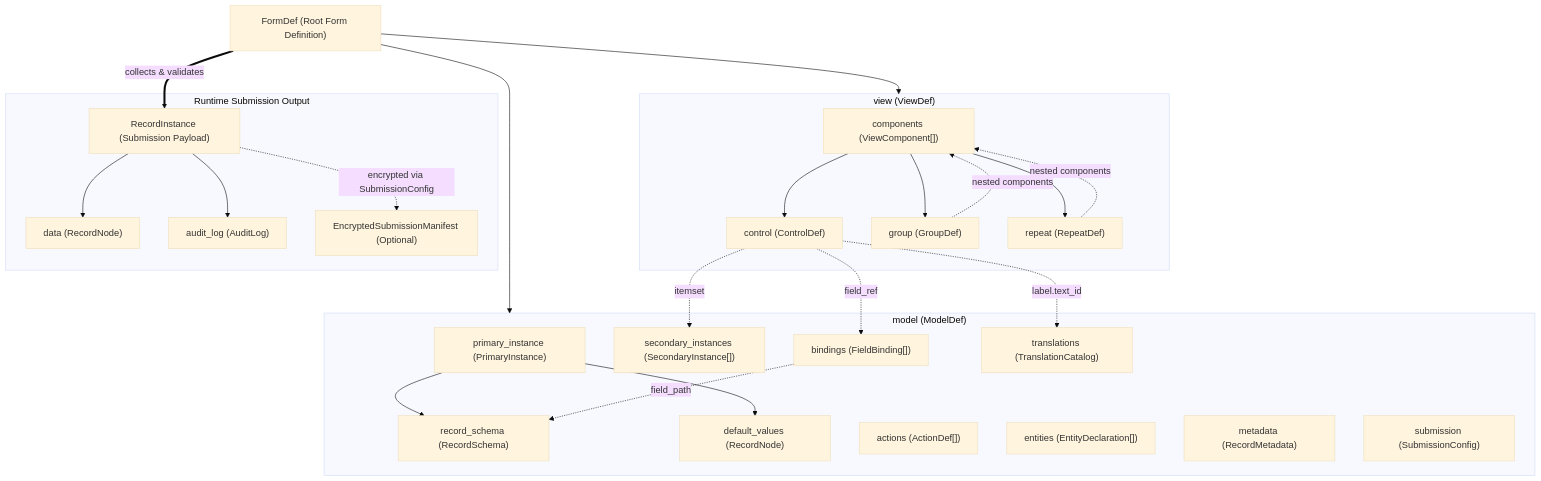
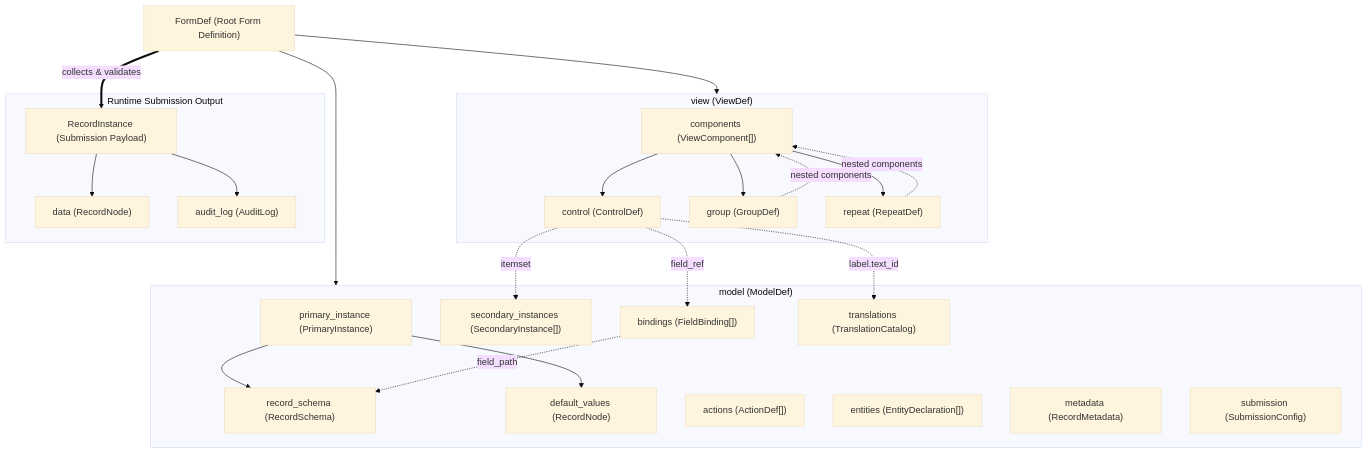
One commit to google/ground-platform changed the diagram in docs/technical/model/forms/01-structure.md. Above: the diagram before and after it, drawn with Mermaid (base theme). The commit also changed other lines of this file and 12 other files, not shown here.

````diff
--- a/docs/technical/model/forms/01-structure.md
+++ b/docs/technical/model/forms/01-structure.md
@@ -44,53 +43,51 @@
 ```mermaid
 graph TD
   FormDef["FormDef (Root Form Definition)"]
 
   subgraph ModelDef["model (ModelDef)"]
     PrimaryInstance["primary_instance (PrimaryInstance)"]
     RecordSchema["record_schema (RecordSchema)"]
     DefaultValues["default_values (RecordNode)"]
     SecondaryInstances["secondary_instances (SecondaryInstance[])"]
     FieldBindings["bindings (FieldBinding[])"]
     Translations["translations (TranslationCatalog)"]
     Actions["actions (ActionDef[])"]
     Entities["entities (EntityDeclaration[])"]
     Metadata["metadata (RecordMetadata)"]
     Submission["submission (SubmissionConfig)"]
 
     PrimaryInstance --> RecordSchema
     PrimaryInstance --> DefaultValues
   end
 
   subgraph ViewDef["view (ViewDef)"]
     ViewComponents["components (ViewComponent[])"]
     ControlDef["control (ControlDef)"]
     GroupDef["group (GroupDef)"]
     RepeatDef["repeat (RepeatDef)"]
 
     ViewComponents --> ControlDef
     ViewComponents --> GroupDef
     ViewComponents --> RepeatDef
     GroupDef -.->|"nested components"| ViewComponents
     RepeatDef -.->|"nested components"| ViewComponents
   end
 
   subgraph Runtime["Runtime Submission Output"]
     RecordInstance["RecordInstance (Submission Payload)"]
     RecordData["data (RecordNode)"]
     AuditLog["audit_log (AuditLog)"]
-    EncryptedManifest["EncryptedSubmissionManifest (Optional)"]
 
     RecordInstance --> RecordData
     RecordInstance --> AuditLog
-    RecordInstance -.->|"encrypted via SubmissionConfig"| EncryptedManifest
   end
 
   FormDef --> ModelDef
   FormDef --> ViewDef
 
   ControlDef -.->|"field_ref"| FieldBindings
   FieldBindings -.->|"field_path"| RecordSchema
   ControlDef -.->|"itemset"| SecondaryInstances
   ControlDef -.->|"label.text_id"| Translations
   FormDef ==>|"collects & validates"| RecordInstance
 ```
````
